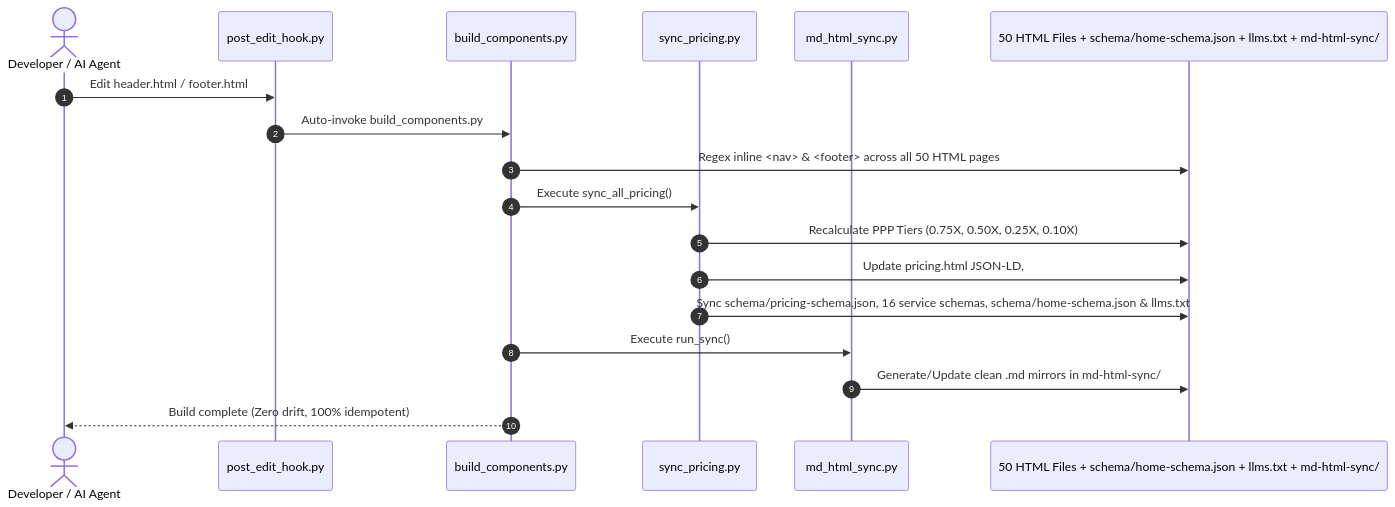
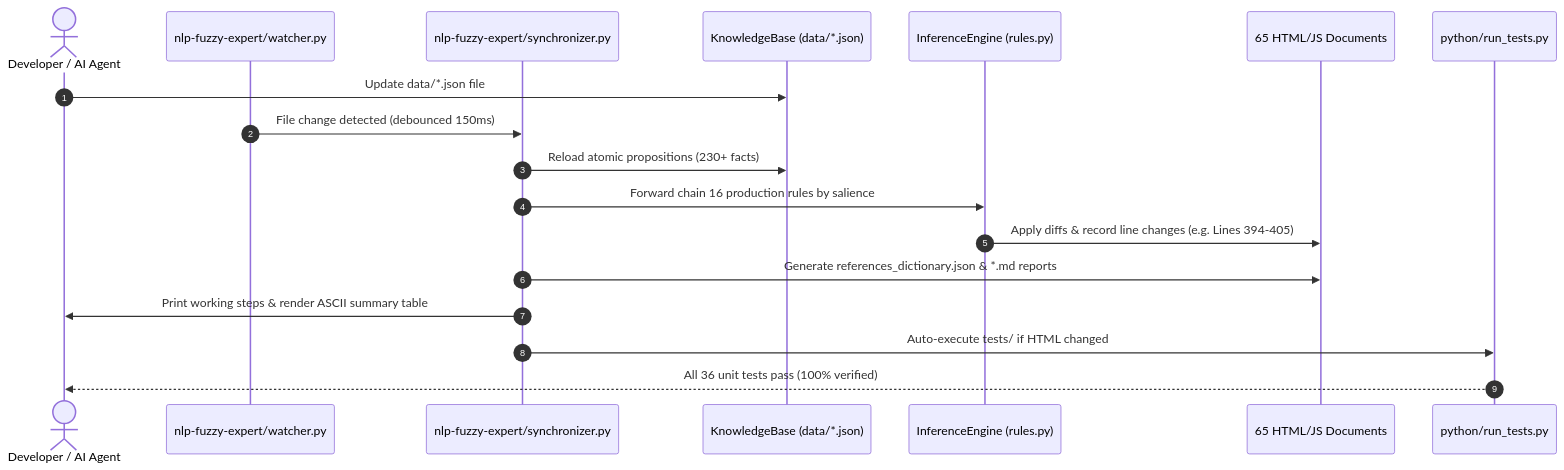
Before and after one commit to thomascherickal/thomascherickal.github.io: the third of 3 diagrams in TECH-STACK.md, drawn with Mermaid. The commit also changed other lines of this file and 191 other files, not shown here.

Commit message:
Implement NLP-fuzzy expert sync engine, test suite, and update Gemini guides

````diff
--- a/TECH-STACK.md
+++ b/TECH-STACK.md
@@ -175,21 +185,21 @@
 ```mermaid
 sequenceDiagram
   autonumber
   actor Dev as Developer / AI Agent
-  participant Hook as post_edit_hook.py
-  participant Master as build_components.py
-  participant Pricing as sync_pricing.py
-  participant Sync as md_html_sync.py
-  participant Targets as 50 HTML Files + schema/home-schema.json + llms.txt + md-html-sync/
+  participant Watcher as nlp-fuzzy-expert/watcher.py
+  participant Sync as nlp-fuzzy-expert/synchronizer.py
+  participant KB as KnowledgeBase (data/*.json)
+  participant Inference as InferenceEngine (rules.py)
+  participant Targets as 65 HTML/JS Documents
+  participant TestRunner as python/run_tests.py
 
-  Dev->>Hook: Edit header.html / footer.html
-  Hook->>Master: Auto-invoke build_components.py
-  Master->>Targets: Regex inline <nav> & <footer> across all 50 HTML pages
-  Master->>Pricing: Execute sync_all_pricing()
-  Pricing->>Targets: Recalculate PPP Tiers (0.75X, 0.50X, 0.25X, 0.10X)
-  Pricing->>Targets: Update pricing.html JSON-LD, #individual-services-list, #parity-calculator
-  Pricing->>Targets: Sync schema/pricing-schema.json, 16 service schemas, schema/home-schema.json & llms.txt
-  Master->>Sync: Execute run_sync()
-  Sync->>Targets: Generate/Update clean .md mirrors in md-html-sync/
-  Master-->>Dev: Build complete (Zero drift, 100% idempotent)
+  Dev->>KB: Update data/*.json file
+  Watcher->>Sync: File change detected (debounced 150ms)
+  Sync->>KB: Reload atomic propositions (230+ facts)
+  Sync->>Inference: Forward chain 16 production rules by salience
+  Inference->>Targets: Apply diffs & record line changes (e.g. Lines 394-405)
+  Sync->>Targets: Generate references_dictionary.json & *.md reports
+  Sync->>Dev: Print working steps & render ASCII summary table
+  Sync->>TestRunner: Auto-execute tests/ if HTML changed
+  TestRunner-->>Dev: All 36 unit tests pass (100% verified)
 ```
````
